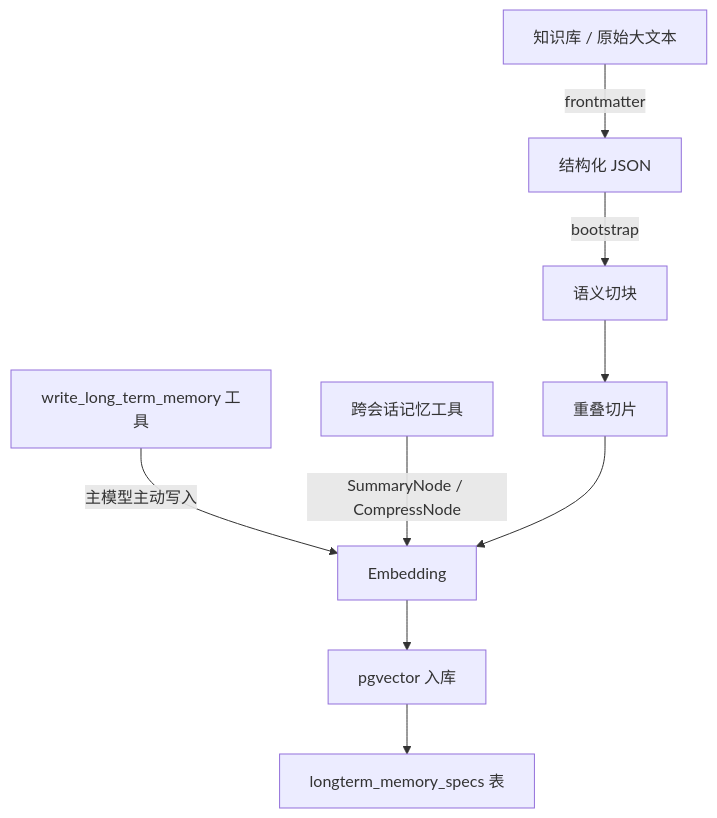
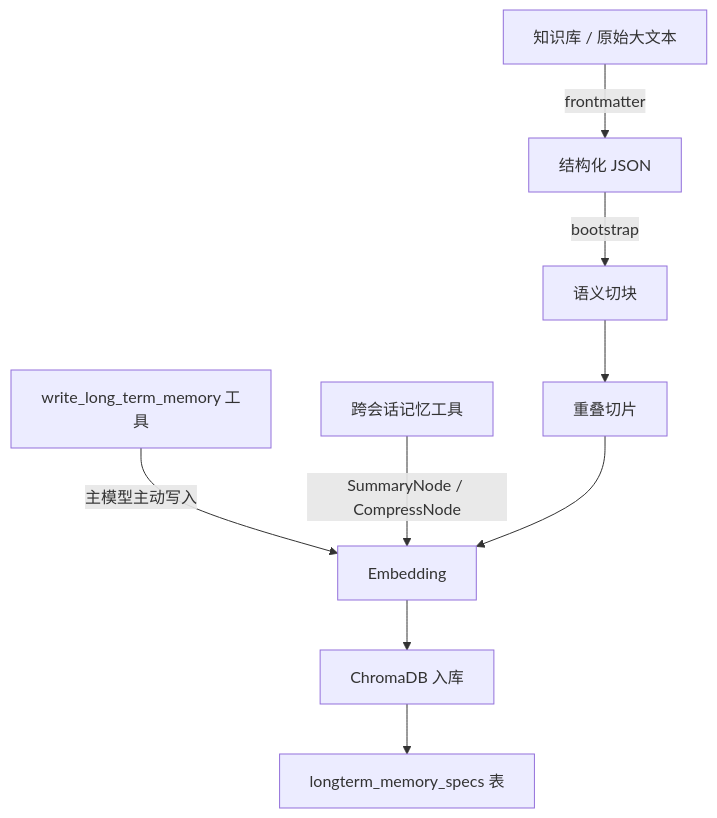
The third of 14 diagrams in README.md (xiao-Huahuo/Agent-Core-Service), drawn with Mermaid before and after one commit. The commit also changed other lines of this file and 3 other files, not shown here.

````diff
--- a/README.md
+++ b/README.md
@@ -127,11 +257,11 @@
 ```mermaid
 flowchart TD
     A["write_long_term_memory 工具"] -->|"主模型主动写入"| H["Embedding"]
     B["跨会话记忆工具"] -->|"SummaryNode / CompressNode"| H
     C["知识库 / 原始大文本"] -->|"frontmatter"| G["结构化 JSON"]
     G -->|"bootstrap"| D["语义切块"]
     D --> E["重叠切片"]
     E --> H
-    H --> F["pgvector 入库"]
+    H --> F["ChromaDB 入库"]
     F --> I["longterm_memory_specs 表"]
 ```
````
